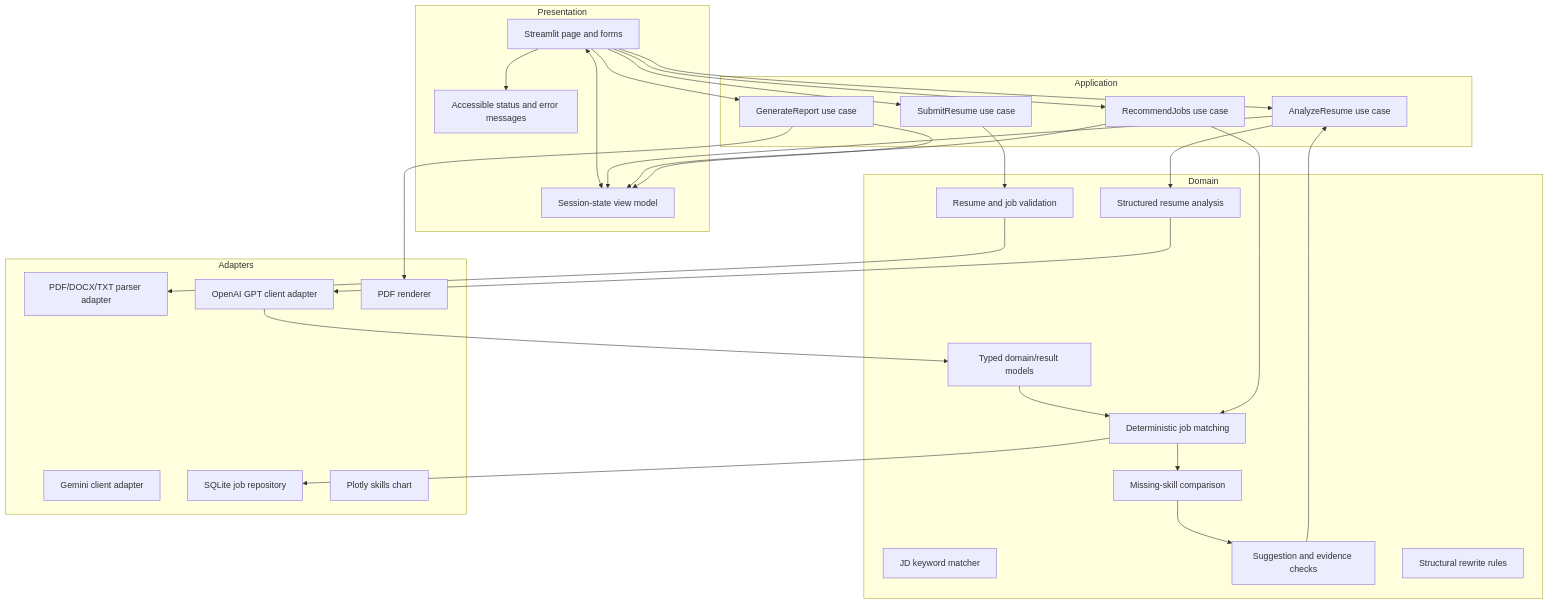
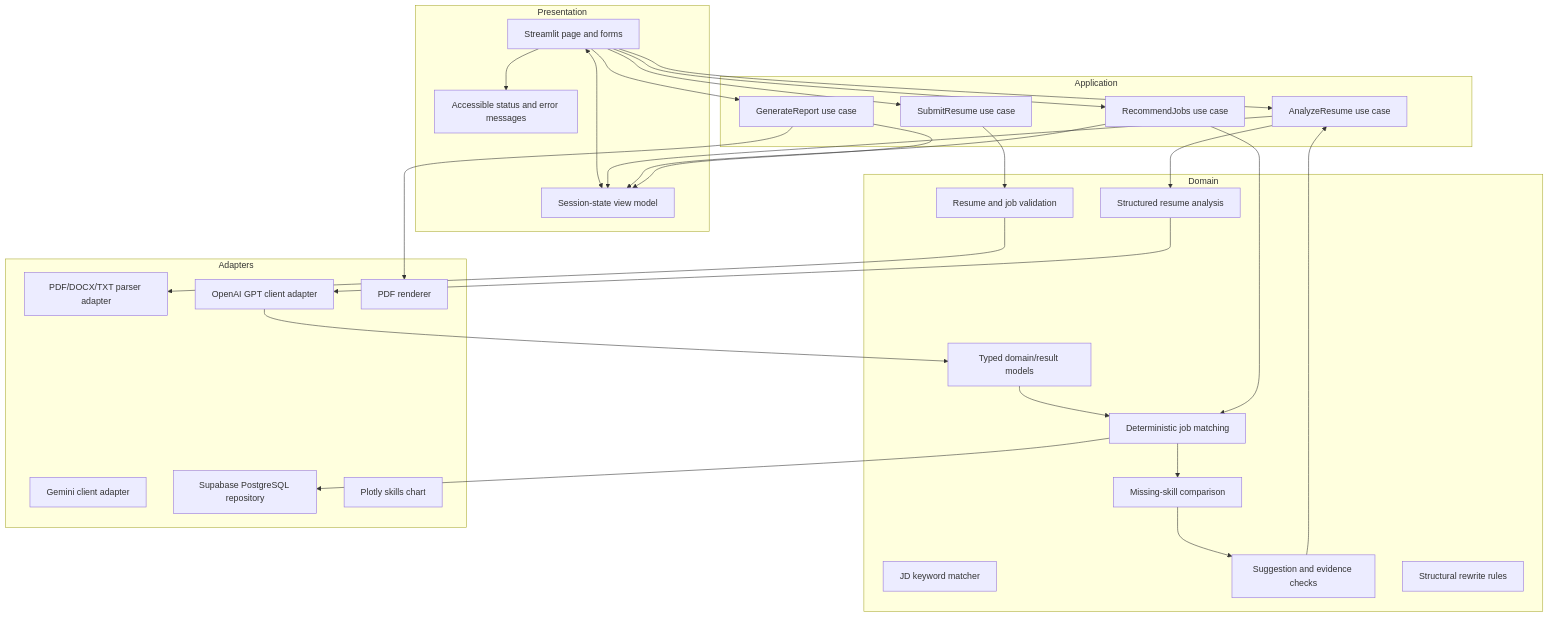
The second of 3 diagrams in SOFTWARE_ARCH.md (Soubhagyakulkarni/Resume_Analyser), drawn with Mermaid before and after one commit. The commit also changed other lines of this file and 49 other files, not shown here.

````diff
--- a/SOFTWARE_ARCH.md
+++ b/SOFTWARE_ARCH.md
@@ -86,50 +88,50 @@
 ```mermaid
 flowchart TB
     subgraph Presentation
         PAGE[Streamlit page and forms]
         STATE[Session-state view model]
         FEEDBACK[Accessible status and error messages]
         PAGE <--> STATE
         PAGE --> FEEDBACK
     end
 
     subgraph Application
         SUBMIT[SubmitResume use case]
         ANALYZE[AnalyzeResume use case]
         RECOMMEND[RecommendJobs use case]
         EXPORT[GenerateReport use case]
     end
 
     subgraph Domain
         VALIDATE[Resume and job validation]
         EXTRACT[Structured resume analysis]
         MATCH[Deterministic job matching]
         JDMATCH[JD keyword matcher]
         GAPS[Missing-skill comparison]
         SUGGEST[Suggestion and evidence checks]
         REWRITE[Structural rewrite rules]
         MODELS[Typed domain/result models]
     end
 
     subgraph Adapters
         FILES[PDF/DOCX/TXT parser adapter]
         GEMADAPT[Gemini client adapter]
         GPT[OpenAI GPT client adapter]
-        JOBREPO[SQLite job repository]
+        JOBREPO[Supabase PostgreSQL repository]
         REPORT[PDF renderer]
         PLOTLY[Plotly skills chart]
     end
 
     PAGE --> SUBMIT --> VALIDATE --> FILES
     PAGE --> ANALYZE --> EXTRACT
     EXTRACT --> GPT
     GPT --> MODELS
     MODELS --> MATCH --> JOBREPO
     MATCH --> GAPS --> SUGGEST
     SUGGEST --> ANALYZE
     PAGE --> RECOMMEND --> MATCH
     PAGE --> EXPORT --> REPORT
     ANALYZE --> STATE
     RECOMMEND --> STATE
     EXPORT --> STATE
 ```
````
